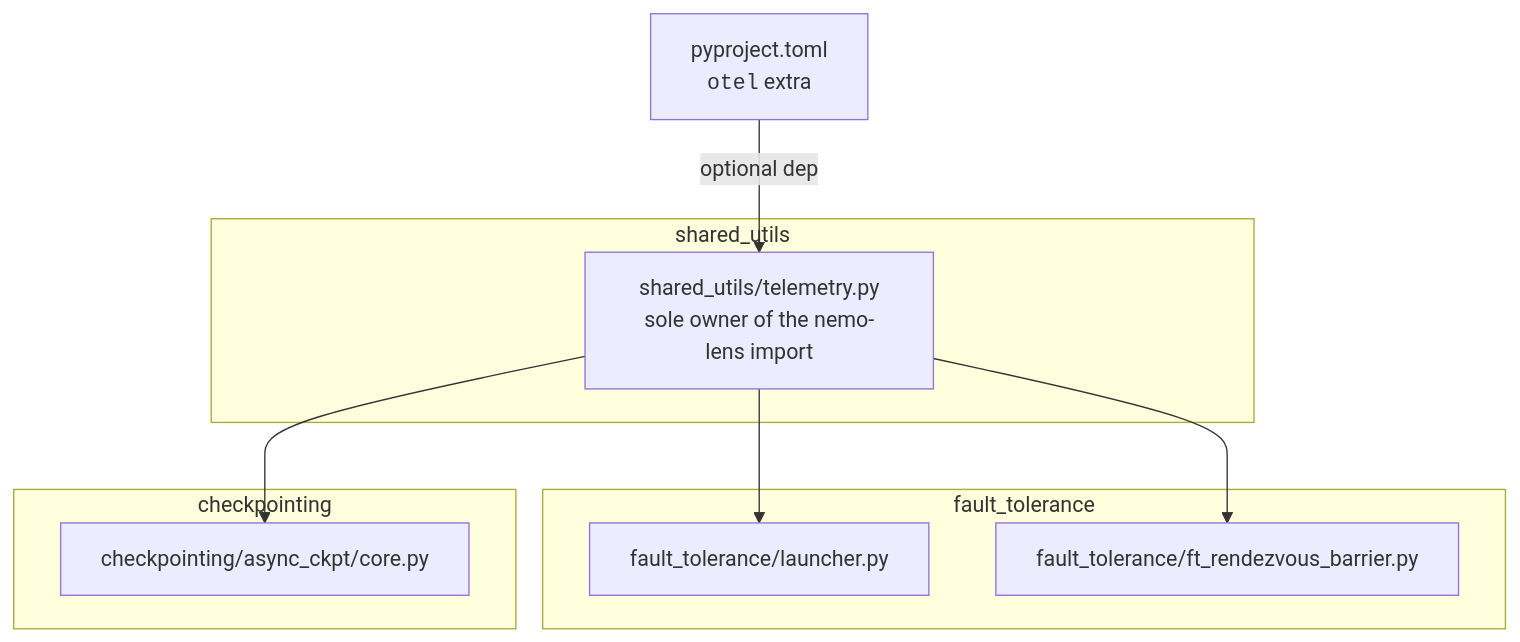
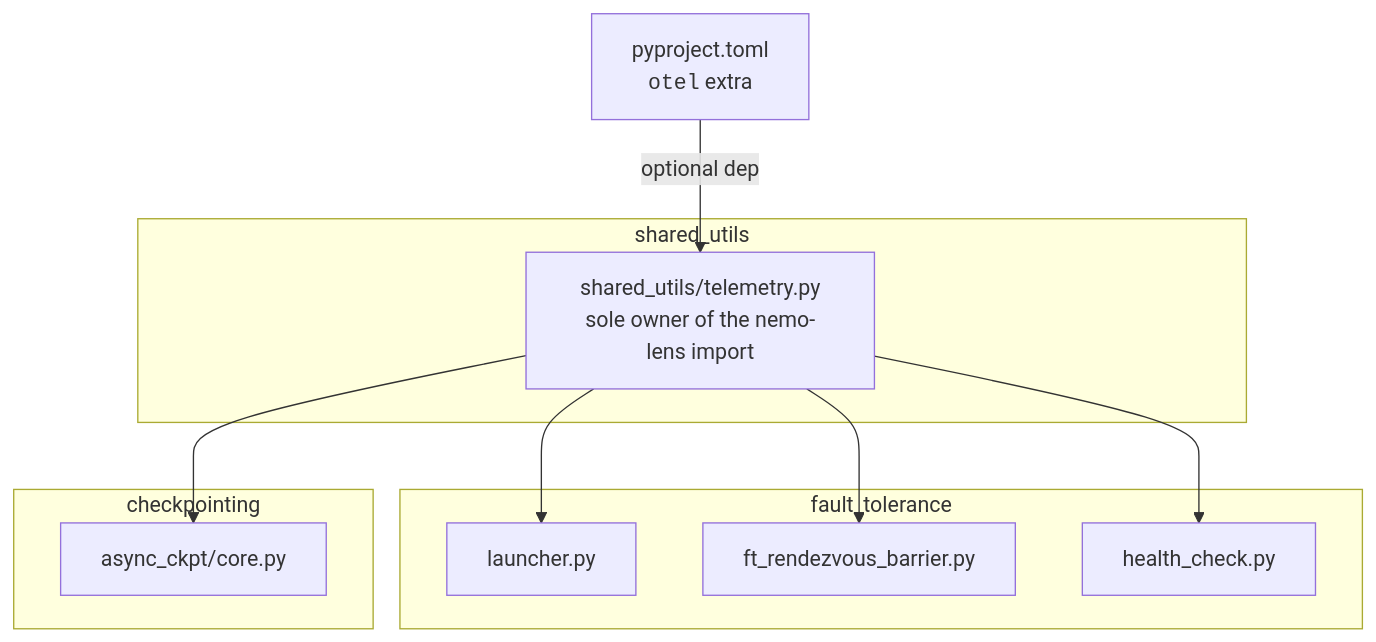
One commit to NVIDIA/nvidia-resiliency-ext changed the first of 2 diagrams in docs/design/telemetry/NEMO_LENS.md. Above: the diagram before and after it, drawn with Mermaid. The commit also changed other lines of this file, not shown here.

````diff
--- a/docs/design/telemetry/NEMO_LENS.md
+++ b/docs/design/telemetry/NEMO_LENS.md
@@ -14,22 +20,20 @@
 ```mermaid
 graph TD
     pyproject["pyproject.toml<br/><code>otel</code> extra"]
-
     subgraph shared_utils
         shim["shared_utils/telemetry.py<br/>sole owner of the nemo-lens import"]
     end
-
     subgraph fault_tolerance
-        launcher["fault_tolerance/launcher.py"]
-        rdzv["fault_tolerance/ft_rendezvous_barrier.py"]
+        launcher["launcher.py"]
+        rdzv["ft_rendezvous_barrier.py"]
+        hc["health_check.py"]
     end
-
     subgraph checkpointing
-        core["checkpointing/async_ckpt/core.py"]
+        core["async_ckpt/core.py"]
     end
-
     pyproject -->|optional dep| shim
     shim --> launcher
     shim --> rdzv
+    shim --> hc
     shim --> core
 ```
````
